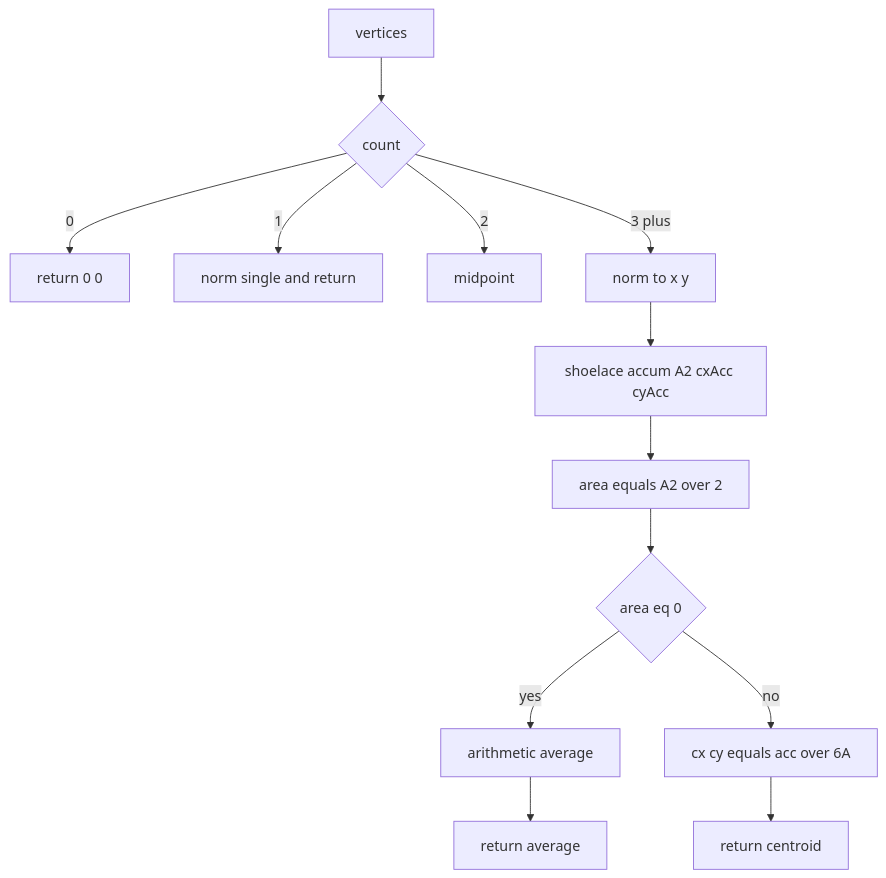
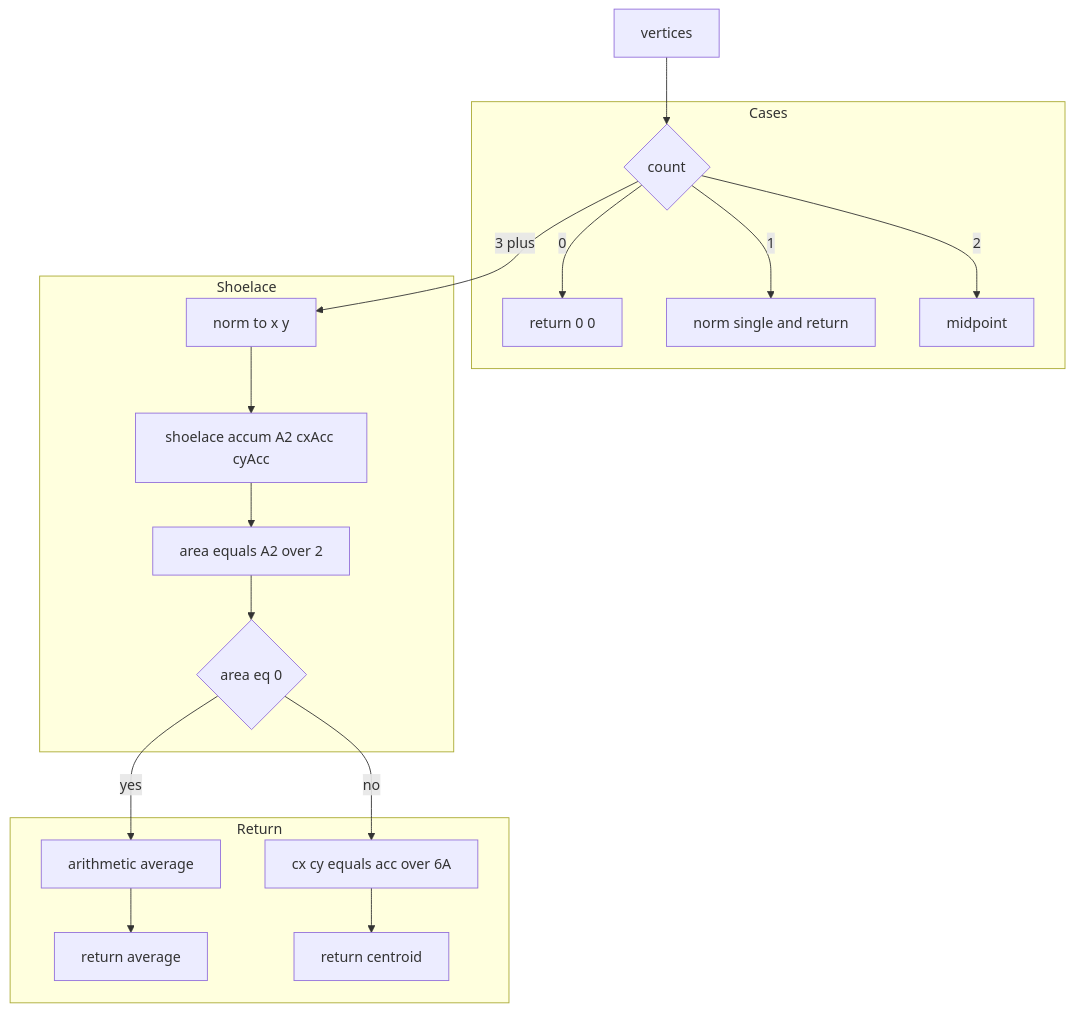
One commit to Gh0st352/AETHR changed the third of 4 diagrams in docs/poly/reorder_and_centroids.md. Above: the diagram before and after it, drawn with Mermaid. The commit also changed other lines of this file and 9 other files, not shown here.

First line of the commit message:
docs(poly): improve README headings and mermaid diagrams

````diff
--- a/docs/poly/reorder_and_centroids.md
+++ b/docs/poly/reorder_and_centroids.md
@@ -47,15 +84,41 @@
 ```mermaid
+%% shared theme: docs/_mermaid/theme.json %%
 flowchart TD
   IN[vertices] --> CASES{count}
   CASES -->|0| Z[return 0 0]
   CASES -->|1| N[norm single and return]
   CASES -->|2| MID[midpoint]
   CASES -->|3 plus| NORM[norm to x y]
   NORM --> LOOP[shoelace accum A2 cxAcc cyAcc]
   LOOP --> AREA[area equals A2 over 2]
   AREA --> DEG{area eq 0}
   DEG -->|yes| AVG[arithmetic average]
   DEG -->|no| CXY[cx cy equals acc over 6A]
   AVG --> RETA[return average]
   CXY --> RETB[return centroid]
+
+  subgraph "Cases"
+    CASES
+    Z
+    N
+    MID
+  end
+  subgraph "Shoelace"
+    NORM
+    LOOP
+    AREA
+    DEG
+  end
+  subgraph "Return"
+    AVG
+    CXY
+    RETA
+    RETB
+  end
+
+  class IN class_io;
+  class CASES,DEG class_decision;
+  class NORM,LOOP,AREA,CXY class_compute;
+  class Z,N,MID class_result;
+  class RETA,RETB class_result;
 ```
````
